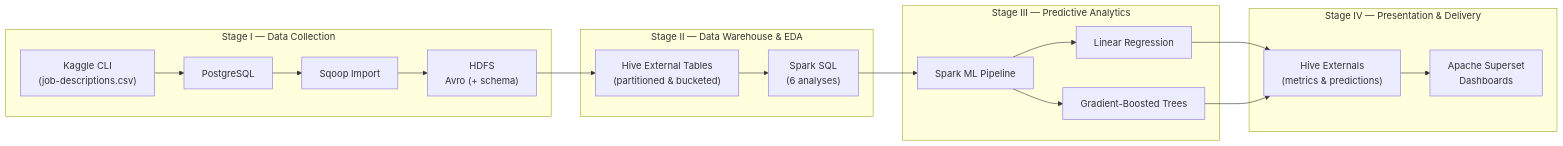
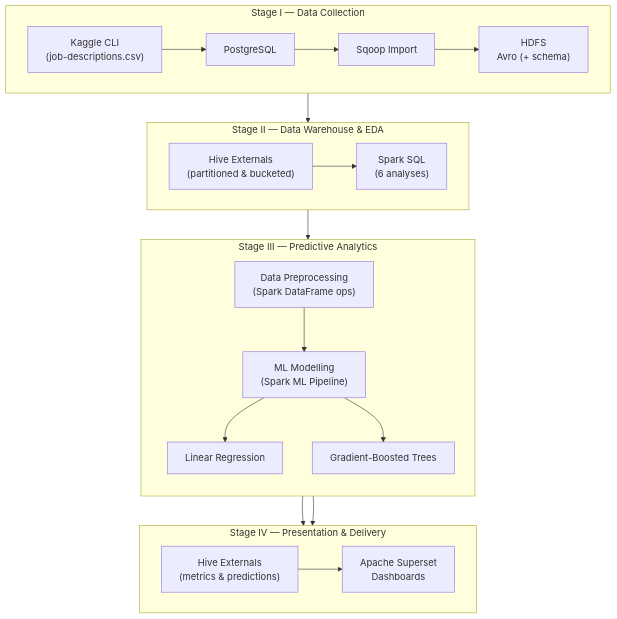
The diagram in docs/architecture.md (IVproger/bigdata_course_project), drawn with Mermaid before and after one commit.

Commit message:
make vertical

````diff
--- a/docs/architecture.md
+++ b/docs/architecture.md
@@ -1,56 +1,47 @@
 ```mermaid
-flowchart LR
+flowchart TB
     %% ────────────────────────────
     %% Stage I — Data Collection
     %% ────────────────────────────
-    subgraph "Stage I — Data Collection"
-        Kaggle["Kaggle CLI<br/>(job-descriptions.csv)"]
-        PostgreSQL["PostgreSQL"]
-        Sqoop["Sqoop Import"]
-        HDFS1["HDFS<br/>Avro (+ schema)"]
-
-        Kaggle --> PostgreSQL
-        PostgreSQL --> Sqoop
-        Sqoop --> HDFS1
+    subgraph STAGE1["Stage I — Data Collection"]
+        direction LR
+        Kaggle["Kaggle CLI<br/>(job-descriptions.csv)"] --> PostgreSQL["PostgreSQL"]
+        PostgreSQL --> Sqoop["Sqoop Import"]
+        Sqoop --> HDFS1["HDFS<br/>Avro (+ schema)"]
     end
 
     %% ────────────────────────────
     %% Stage II — Data Warehouse & EDA
     %% ────────────────────────────
-    subgraph "Stage II — Data Warehouse & EDA"
-        Hive["Hive External Tables<br/>(partitioned & bucketed)"]
-        SparkSQL["Spark SQL<br/>(6 analyses)"]
-
-        Hive --> SparkSQL
+    subgraph STAGE2["Stage II — Data Warehouse & EDA"]
+        direction LR
+        Hive["Hive Externals<br/>(partitioned & bucketed)"] --> SparkSQL["Spark SQL<br/>(6 analyses)"]
     end
 
     %% ────────────────────────────
     %% Stage III — Predictive Analytics
     %% ────────────────────────────
-    subgraph "Stage III — Predictive Analytics"
-        SparkML["Spark ML Pipeline"]
-        LR["Linear Regression"]
-        GBT["Gradient-Boosted Trees"]
-
-        SparkML --> LR
-        SparkML --> GBT
+    subgraph STAGE3["Stage III — Predictive Analytics"]
+        direction TB
+        Preproc["Data Preprocessing<br/>(Spark DataFrame ops)"] --> SparkML["ML Modelling<br/>(Spark ML Pipeline)"]
+        SparkML --> LR["Linear Regression"]
+        SparkML --> GBT["Gradient-Boosted Trees"]
     end
 
     %% ────────────────────────────
     %% Stage IV — Presentation & Delivery
     %% ────────────────────────────
-    subgraph "Stage IV — Presentation & Delivery"
-        HiveExt["Hive Externals<br/>(metrics & predictions)"]
-        Superset["Apache Superset<br/>Dashboards"]
-
-        HiveExt --> Superset
+    subgraph STAGE4["Stage IV — Presentation & Delivery"]
+        direction LR
+        HiveExt["Hive Externals<br/>(metrics & predictions)"] --> Superset["Apache Superset<br/>Dashboards"]
     end
 
     %% ────────────────────────────
     %% Cross-stage flow
     %% ────────────────────────────
-    HDFS1 --> Hive
-    SparkSQL --> SparkML
-    LR --> HiveExt
+    HDFS1 --> Hive            
+    SparkSQL --> Preproc        
+    LR --> HiveExt       
     GBT --> HiveExt
+
 ```
````
